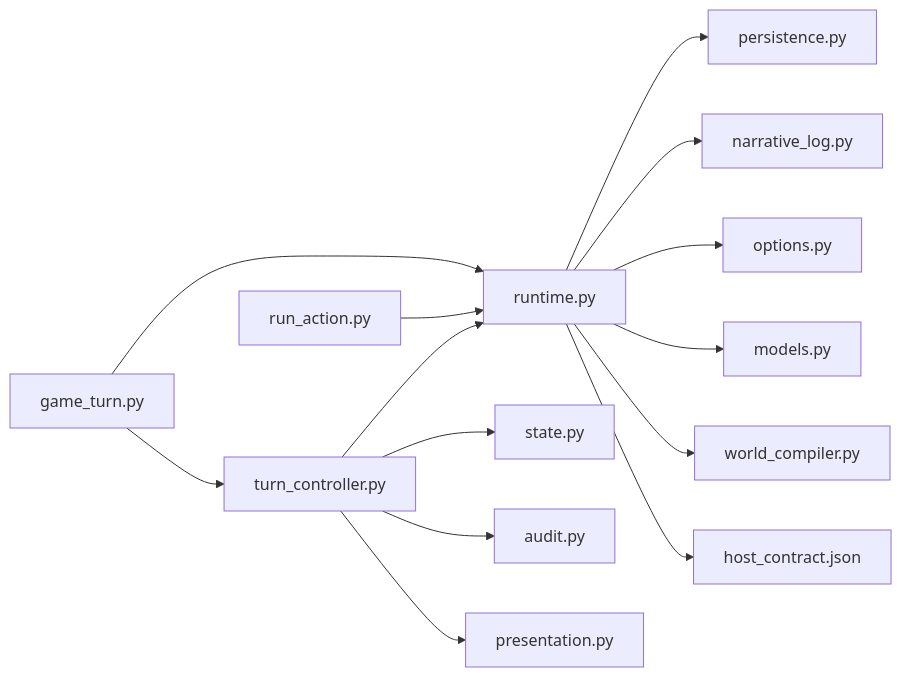
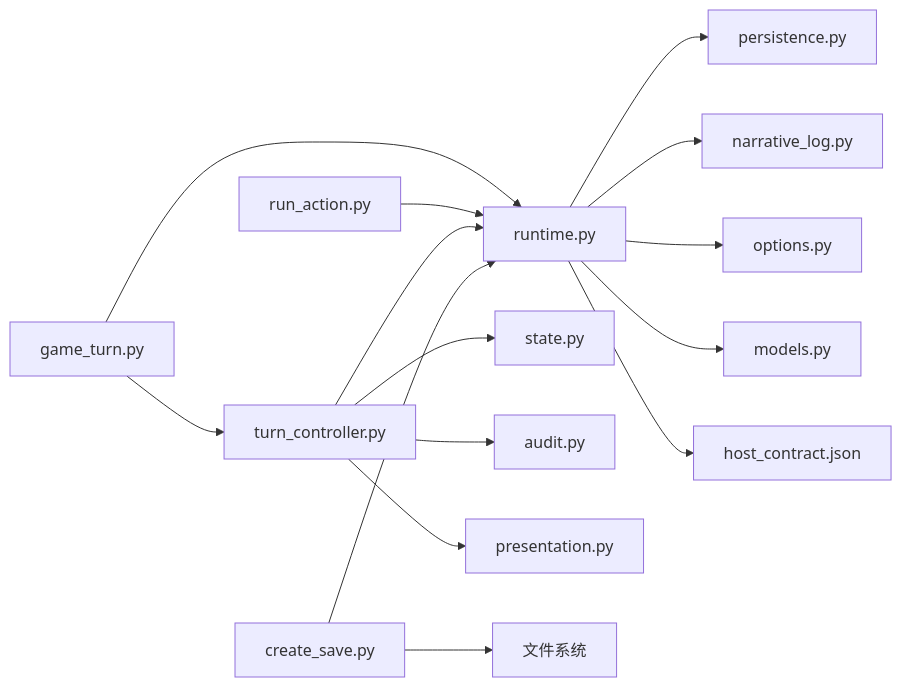
Before and after one commit to Ivandanslespace/thegreatnovel: the seventh of 7 diagrams in .qoder/repowiki/zh/content/工具集/游戏控制工具.md, drawn with Mermaid. The commit also changed other lines of this file and 264 other files, not shown here.

````diff
--- a/.qoder/repowiki/zh/content/工具集/游戏控制工具.md
+++ b/.qoder/repowiki/zh/content/工具集/游戏控制工具.md
@@ -298,16 +365,17 @@
 ```mermaid
 graph LR
 GT["game_turn.py"] --> TC["turn_controller.py"]
 GT --> RT["runtime.py"]
 RA["run_action.py"] --> RT
 TC --> RT
 TC --> ST["state.py"]
 TC --> AU["audit.py"]
 TC --> PRE["presentation.py"]
+CS["create_save.py"] --> RT
+CS --> FS["文件系统"]
 RT --> PS["persistence.py"]
 RT --> NL["narrative_log.py"]
 RT --> OP["options.py"]
 RT --> MD["models.py"]
-RT --> WC["world_compiler.py"]
 RT --> HC["host_contract.json"]
 ```
````
